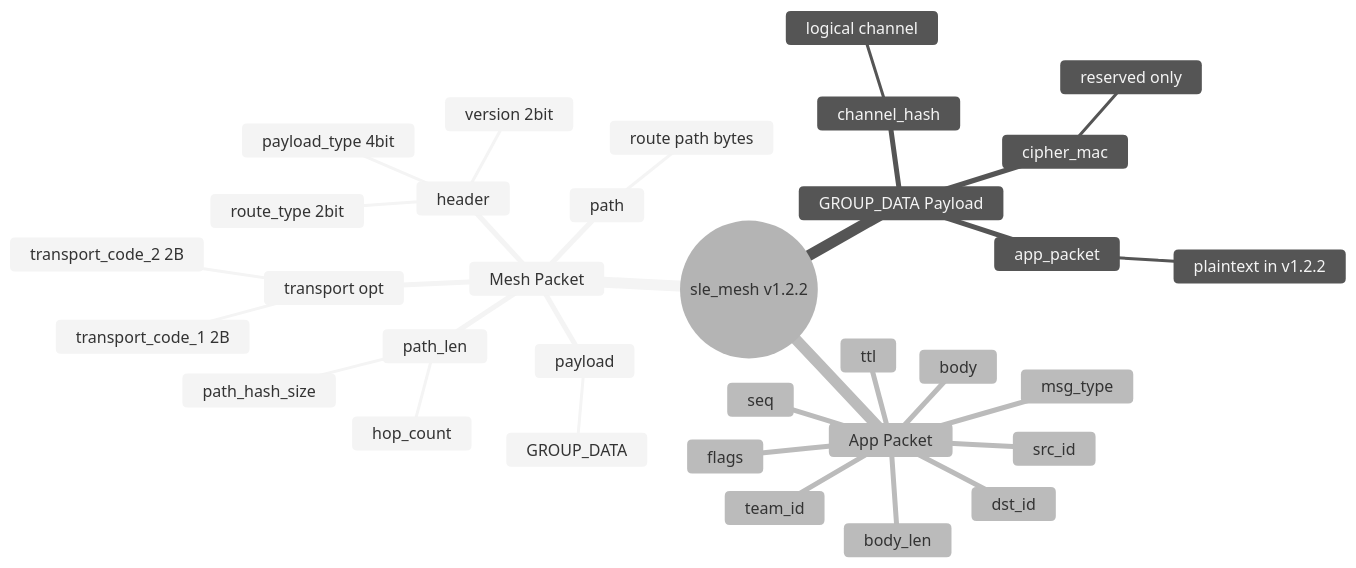
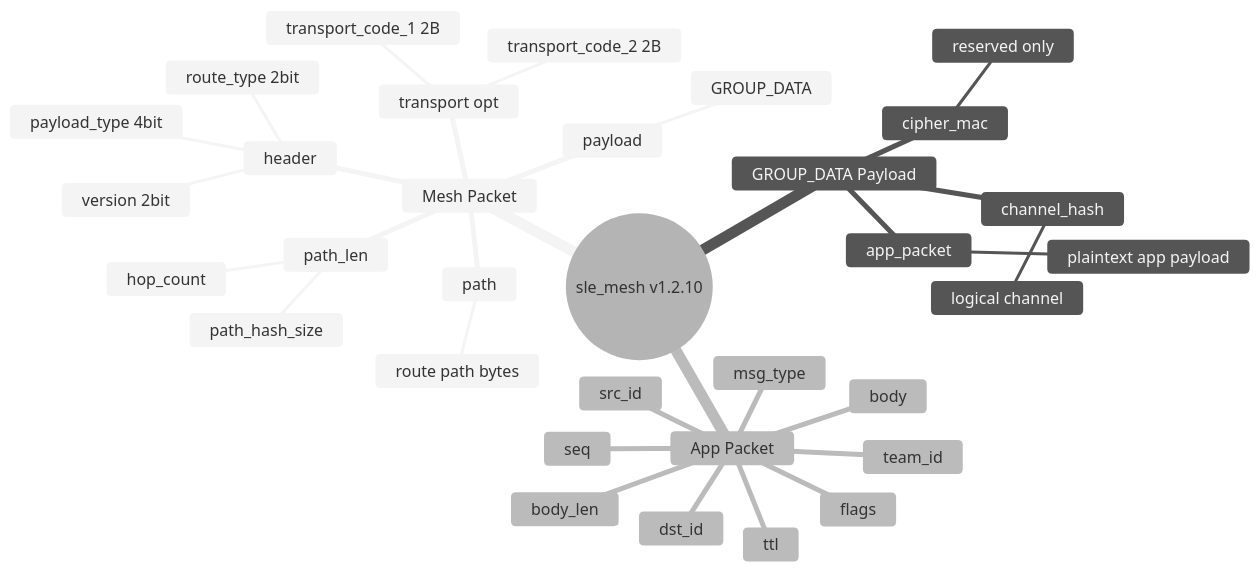
The diagram in docs/protocol/packet-structure.md (BH4ME/sle_mesh), drawn with Mermaid (neutral theme) before and after one commit. The commit also changed other lines of this file and 7 other files, not shown here.

````diff
--- a/docs/protocol/packet-structure.md
+++ b/docs/protocol/packet-structure.md
@@ -5,36 +5,36 @@
 ```mermaid
 mindmap
-  root((sle_mesh v1.2.2))
+  root((sle_mesh v1.2.10))
     Mesh Packet
       header
         version 2bit
         payload_type 4bit
         route_type 2bit
       transport opt
         transport_code_1 2B
         transport_code_2 2B
       path_len
         path_hash_size
         hop_count
       path
         route path bytes
       payload
         GROUP_DATA
     GROUP_DATA Payload
       channel_hash
         logical channel
       cipher_mac
         reserved only
       app_packet
-        plaintext in v1.2.2
+        plaintext app payload
     App Packet
       msg_type
       flags
       seq
       team_id
       src_id
       dst_id
       ttl
       body_len
       body
 ```
````
